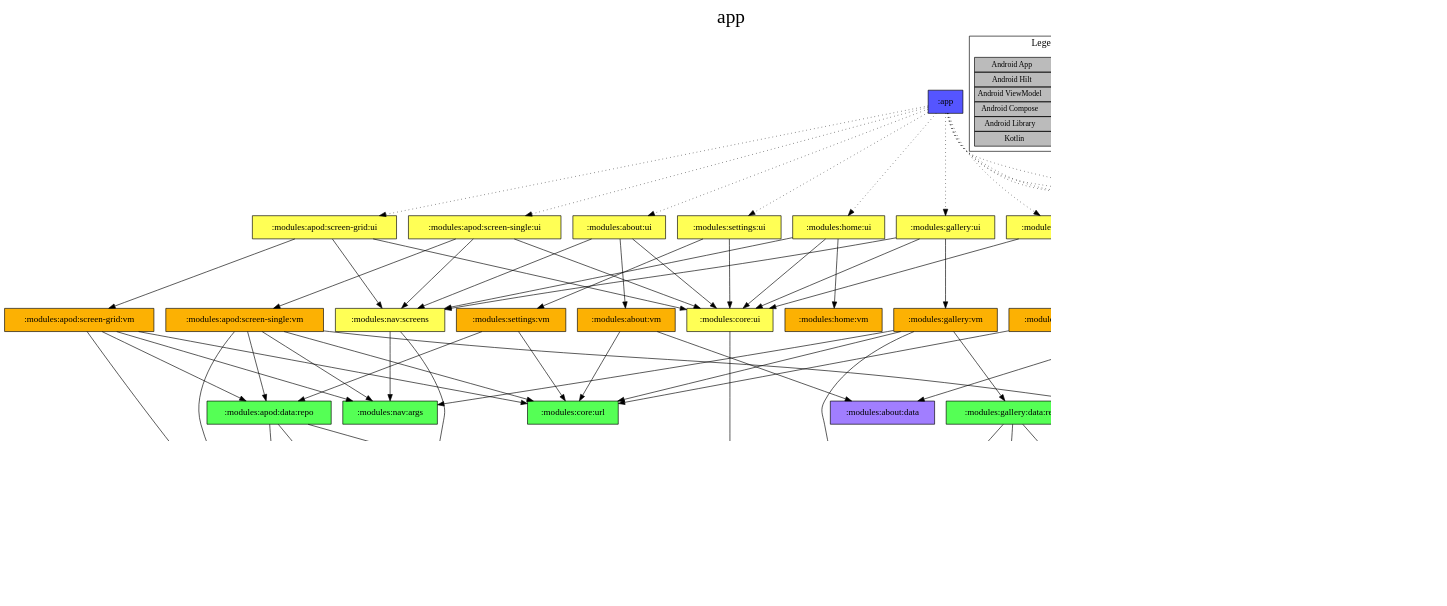
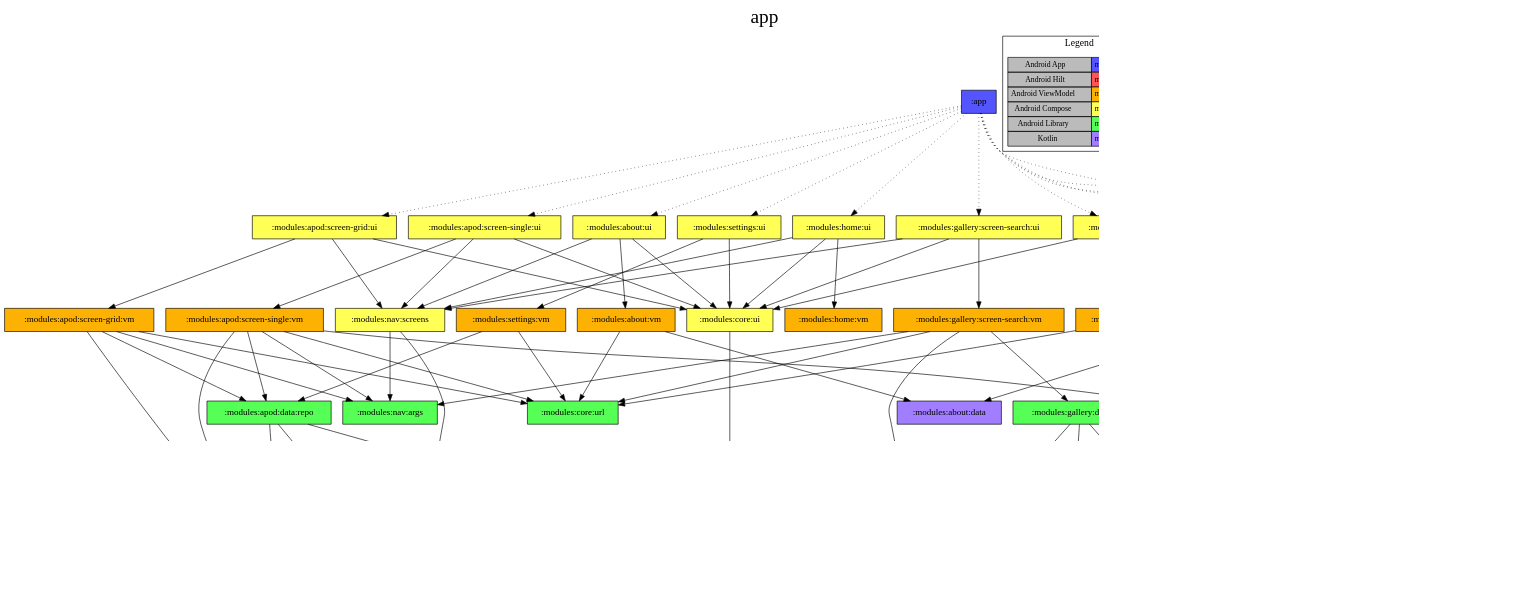
One commit to jonapoul/nasa-android changed the diagram in app/project-dependency-graph.dot. Above: the diagram before and after it, drawn with Graphviz. The commit also changed 10 other files, not shown here.

```diff
--- a/app/project-dependency-graph.dot
+++ b/app/project-dependency-graph.dot
@@ -1,132 +1,132 @@
 digraph {
 edge ["dir"="forward"]
 graph ["dpi"="100","label"="app","labelloc"="t","fontsize"="30","ranksep"="1.5"]
 node ["style"="filled"]
 ":app" ["shape"="box","fillcolor"="#5555FF"]
 ":modules:about:di" ["fillcolor"="#FF5555","shape"="box"]
 ":modules:about:data" ["fillcolor"="#A17EFF","shape"="box"]
 ":modules:core:http" ["fillcolor"="#A17EFF","shape"="box"]
 ":modules:about:ui" ["fillcolor"="#FFFF55","shape"="box"]
 ":modules:about:vm" ["fillcolor"="#FCB103","shape"="box"]
 ":modules:core:url" ["fillcolor"="#55FF55","shape"="box"]
 ":modules:core:ui" ["fillcolor"="#FFFF55","shape"="box"]
 ":modules:core:model" ["fillcolor"="#A17EFF","shape"="box"]
 ":modules:nav:screens" ["fillcolor"="#FFFF55","shape"="box"]
 ":modules:apod:model" ["fillcolor"="#A17EFF","shape"="box"]
 ":modules:nav:args" ["fillcolor"="#55FF55","shape"="box"]
 ":modules:apod:di" ["fillcolor"="#FF5555","shape"="box"]
 ":modules:apod:data:api" ["fillcolor"="#A17EFF","shape"="box"]
 ":modules:apod:data:db" ["fillcolor"="#55FF55","shape"="box"]
 ":modules:apod:screen-grid:ui" ["fillcolor"="#FFFF55","shape"="box"]
 ":modules:apod:screen-grid:vm" ["fillcolor"="#FCB103","shape"="box"]
 ":modules:apod:data:repo" ["fillcolor"="#55FF55","shape"="box"]
 ":modules:apod:screen-single:ui" ["fillcolor"="#FFFF55","shape"="box"]
 ":modules:apod:screen-single:vm" ["fillcolor"="#FCB103","shape"="box"]
 ":modules:gallery:di" ["fillcolor"="#FF5555","shape"="box"]
 ":modules:gallery:data:api" ["fillcolor"="#A17EFF","shape"="box"]
 ":modules:gallery:model" ["fillcolor"="#A17EFF","shape"="box"]
 ":modules:gallery:data:db" ["fillcolor"="#55FF55","shape"="box"]
-":modules:gallery:ui" ["fillcolor"="#FFFF55","shape"="box"]
-":modules:gallery:vm" ["fillcolor"="#FCB103","shape"="box"]
+":modules:gallery:screen-search:ui" ["fillcolor"="#FFFF55","shape"="box"]
+":modules:gallery:screen-search:vm" ["fillcolor"="#FCB103","shape"="box"]
 ":modules:gallery:data:repo" ["fillcolor"="#55FF55","shape"="box"]
 ":modules:home:ui" ["fillcolor"="#FFFF55","shape"="box"]
 ":modules:home:vm" ["fillcolor"="#FCB103","shape"="box"]
 ":modules:licenses:di" ["fillcolor"="#FF5555","shape"="box"]
 ":modules:licenses:data" ["fillcolor"="#A17EFF","shape"="box"]
 ":modules:licenses:ui" ["fillcolor"="#FFFF55","shape"="box"]
 ":modules:licenses:vm" ["fillcolor"="#FCB103","shape"="box"]
 ":modules:settings:ui" ["fillcolor"="#FFFF55","shape"="box"]
 ":modules:settings:vm" ["fillcolor"="#FCB103","shape"="box"]
 {
 edge ["dir"="none"]
 graph ["rank"="same"]
 ":app"
 }
 subgraph "cluster_legend" {
 edge ["dir"="none"]
 graph ["label"="Legend","fontsize"="15"]
 "Legend" ["style"="filled","fillcolor"="#bbbbbb","shape"="none","margin"="0","fontsize"="12","label"=<
 <TABLE BORDER="0" CELLBORDER="1" CELLSPACING="0" CELLPADDING="4">
 <TR><TD>Android App</TD><TD BGCOLOR="#5555FF">module-name</TD></TR>
 <TR><TD>Android Hilt</TD><TD BGCOLOR="#FF5555">module-name</TD></TR>
 <TR><TD>Android ViewModel</TD><TD BGCOLOR="#FCB103">module-name</TD></TR>
 <TR><TD>Android Compose</TD><TD BGCOLOR="#FFFF55">module-name</TD></TR>
 <TR><TD>Android Library</TD><TD BGCOLOR="#55FF55">module-name</TD></TR>
 <TR><TD>Kotlin</TD><TD BGCOLOR="#A17EFF">module-name</TD></TR>
 </TABLE>
 >]
 }
 ":app" -> ":modules:about:di" ["style"="dotted"]
 ":app" -> ":modules:about:ui" ["style"="dotted"]
 ":app" -> ":modules:apod:di" ["style"="dotted"]
 ":app" -> ":modules:apod:screen-grid:ui" ["style"="dotted"]
 ":app" -> ":modules:apod:screen-single:ui" ["style"="dotted"]
 ":app" -> ":modules:gallery:di" ["style"="dotted"]
-":app" -> ":modules:gallery:ui" ["style"="dotted"]
+":app" -> ":modules:gallery:screen-search:ui" ["style"="dotted"]
 ":app" -> ":modules:home:ui" ["style"="dotted"]
 ":app" -> ":modules:licenses:di" ["style"="dotted"]
 ":app" -> ":modules:licenses:ui" ["style"="dotted"]
 ":app" -> ":modules:settings:ui" ["style"="dotted"]
 ":modules:about:di" -> ":modules:about:data"
 ":modules:about:di" -> ":modules:core:http"
 ":modules:about:ui" -> ":modules:about:vm"
 ":modules:about:ui" -> ":modules:core:ui"
 ":modules:about:ui" -> ":modules:nav:screens"
 ":modules:about:vm" -> ":modules:about:data"
 ":modules:about:vm" -> ":modules:core:url"
 ":modules:core:ui" -> ":modules:core:model"
 ":modules:nav:screens" -> ":modules:apod:model"
 ":modules:nav:screens" -> ":modules:nav:args"
 ":modules:apod:di" -> ":modules:apod:data:api"
 ":modules:apod:di" -> ":modules:apod:data:db"
 ":modules:apod:di" -> ":modules:core:http"
 ":modules:apod:data:api" -> ":modules:apod:model"
 ":modules:apod:data:api" -> ":modules:core:model"
 ":modules:apod:data:db" -> ":modules:apod:model"
 ":modules:apod:screen-grid:ui" -> ":modules:apod:screen-grid:vm"
 ":modules:apod:screen-grid:ui" -> ":modules:core:ui"
 ":modules:apod:screen-grid:ui" -> ":modules:nav:screens"
 ":modules:apod:screen-grid:vm" -> ":modules:apod:data:repo"
 ":modules:apod:screen-grid:vm" -> ":modules:apod:model"
 ":modules:apod:screen-grid:vm" -> ":modules:core:url"
 ":modules:apod:screen-grid:vm" -> ":modules:nav:args"
 ":modules:apod:data:repo" -> ":modules:apod:data:api"
 ":modules:apod:data:repo" -> ":modules:apod:data:db"
 ":modules:apod:data:repo" -> ":modules:apod:model"
 ":modules:apod:screen-single:ui" -> ":modules:apod:screen-single:vm"
 ":modules:apod:screen-single:ui" -> ":modules:core:ui"
 ":modules:apod:screen-single:ui" -> ":modules:nav:screens"
 ":modules:apod:screen-single:vm" -> ":modules:apod:data:repo"
 ":modules:apod:screen-single:vm" -> ":modules:apod:model"
 ":modules:apod:screen-single:vm" -> ":modules:core:http"
 ":modules:apod:screen-single:vm" -> ":modules:core:url"
 ":modules:apod:screen-single:vm" -> ":modules:nav:args"
 ":modules:gallery:di" -> ":modules:gallery:data:api"
 ":modules:gallery:di" -> ":modules:gallery:data:db"
 ":modules:gallery:di" -> ":modules:core:http"
 ":modules:gallery:data:api" -> ":modules:gallery:model"
 ":modules:gallery:data:api" -> ":modules:core:model"
 ":modules:gallery:data:db" -> ":modules:gallery:model"
-":modules:gallery:ui" -> ":modules:gallery:vm"
-":modules:gallery:ui" -> ":modules:core:ui"
-":modules:gallery:ui" -> ":modules:nav:screens"
-":modules:gallery:vm" -> ":modules:gallery:data:repo"
-":modules:gallery:vm" -> ":modules:gallery:model"
-":modules:gallery:vm" -> ":modules:core:url"
-":modules:gallery:vm" -> ":modules:nav:args"
+":modules:gallery:screen-search:ui" -> ":modules:gallery:screen-search:vm"
+":modules:gallery:screen-search:ui" -> ":modules:core:ui"
+":modules:gallery:screen-search:ui" -> ":modules:nav:screens"
+":modules:gallery:screen-search:vm" -> ":modules:gallery:data:repo"
+":modules:gallery:screen-search:vm" -> ":modules:gallery:model"
+":modules:gallery:screen-search:vm" -> ":modules:core:url"
+":modules:gallery:screen-search:vm" -> ":modules:nav:args"
 ":modules:gallery:data:repo" -> ":modules:gallery:data:api"
 ":modules:gallery:data:repo" -> ":modules:gallery:data:db"
 ":modules:gallery:data:repo" -> ":modules:gallery:model"
 ":modules:home:ui" -> ":modules:home:vm"
 ":modules:home:ui" -> ":modules:core:ui"
 ":modules:home:ui" -> ":modules:nav:screens"
 ":modules:licenses:di" -> ":modules:licenses:data"
 ":modules:licenses:ui" -> ":modules:core:ui"
 ":modules:licenses:ui" -> ":modules:licenses:vm"
 ":modules:licenses:vm" -> ":modules:core:url"
 ":modules:licenses:vm" -> ":modules:licenses:data"
 ":modules:settings:ui" -> ":modules:core:ui"
 ":modules:settings:ui" -> ":modules:settings:vm"
 ":modules:settings:vm" -> ":modules:core:url"
 ":modules:settings:vm" -> ":modules:apod:data:repo"
 }
```
